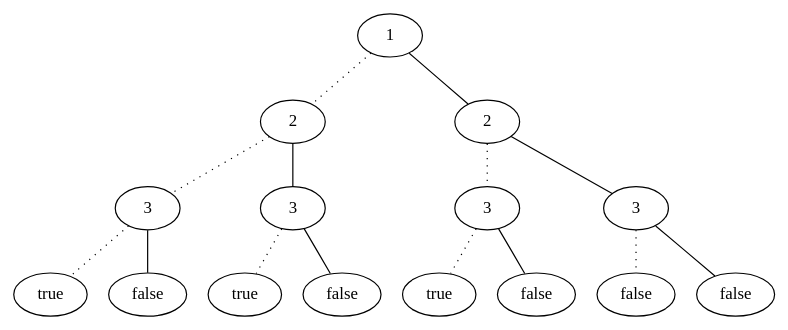
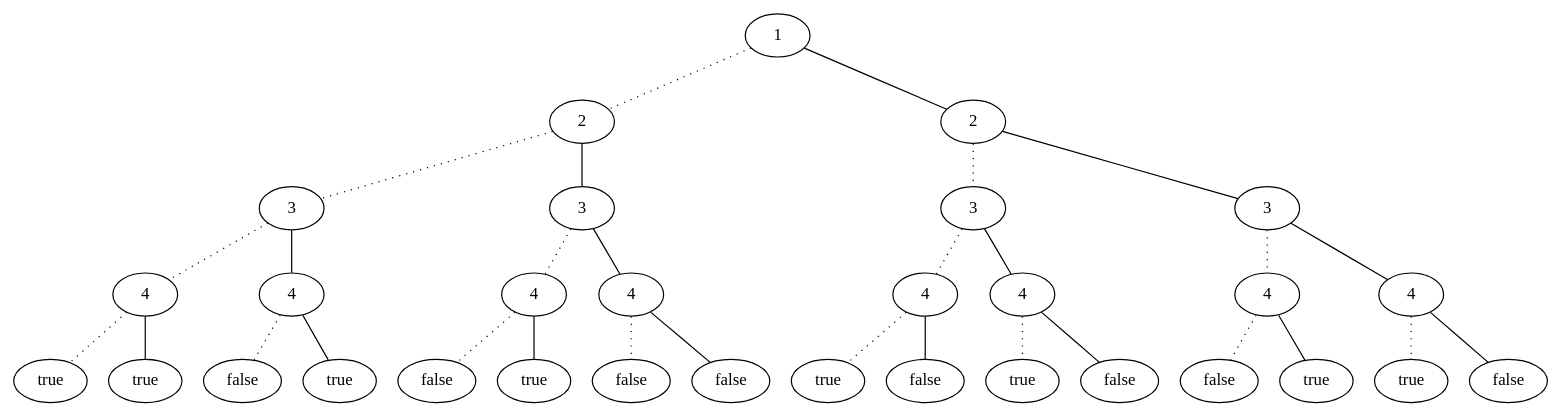
The diagram in my_tree.dot (Shutelu/sorbonne-m1-ouv-ocaml), drawn with Graphviz before and after one commit. The commit also changed 5 other files, not shown here.

```diff
--- a/my_tree.dot
+++ b/my_tree.dot
@@ -1,31 +1,63 @@
 graph G {
 0 [label="1"];
 1 [label="2"];
 2 [label="3"];
-3 [label="true"];
-4 [label="false"];
+3 [label="4"];
+4 [label="true"];
+5 [label="true"];
+3 -- 4 [style=dotted];
+3 -- 5 [style=solid];
+6 [label="4"];
+7 [label="false"];
+8 [label="true"];
+6 -- 7 [style=dotted];
+6 -- 8 [style=solid];
 2 -- 3 [style=dotted];
-2 -- 4 [style=solid];
-5 [label="3"];
-6 [label="true"];
-7 [label="false"];
-5 -- 6 [style=dotted];
-5 -- 7 [style=solid];
+2 -- 6 [style=solid];
+9 [label="3"];
+10 [label="4"];
+11 [label="false"];
+12 [label="true"];
+10 -- 11 [style=dotted];
+10 -- 12 [style=solid];
+13 [label="4"];
+14 [label="false"];
+15 [label="false"];
+13 -- 14 [style=dotted];
+13 -- 15 [style=solid];
+9 -- 10 [style=dotted];
+9 -- 13 [style=solid];
 1 -- 2 [style=dotted];
-1 -- 5 [style=solid];
-8 [label="2"];
-9 [label="3"];
-10 [label="true"];
-11 [label="false"];
-9 -- 10 [style=dotted];
-9 -- 11 [style=solid];
-12 [label="3"];
-13 [label="false"];
-14 [label="false"];
-12 -- 13 [style=dotted];
-12 -- 14 [style=solid];
-8 -- 9 [style=dotted];
-8 -- 12 [style=solid];
+1 -- 9 [style=solid];
+16 [label="2"];
+17 [label="3"];
+18 [label="4"];
+19 [label="true"];
+20 [label="false"];
+18 -- 19 [style=dotted];
+18 -- 20 [style=solid];
+21 [label="4"];
+22 [label="true"];
+23 [label="false"];
+21 -- 22 [style=dotted];
+21 -- 23 [style=solid];
+17 -- 18 [style=dotted];
+17 -- 21 [style=solid];
+24 [label="3"];
+25 [label="4"];
+26 [label="false"];
+27 [label="true"];
+25 -- 26 [style=dotted];
+25 -- 27 [style=solid];
+28 [label="4"];
+29 [label="true"];
+30 [label="false"];
+28 -- 29 [style=dotted];
+28 -- 30 [style=solid];
+24 -- 25 [style=dotted];
+24 -- 28 [style=solid];
+16 -- 17 [style=dotted];
+16 -- 24 [style=solid];
 0 -- 1 [style=dotted];
-0 -- 8 [style=solid];
+0 -- 16 [style=solid];
 }
```
